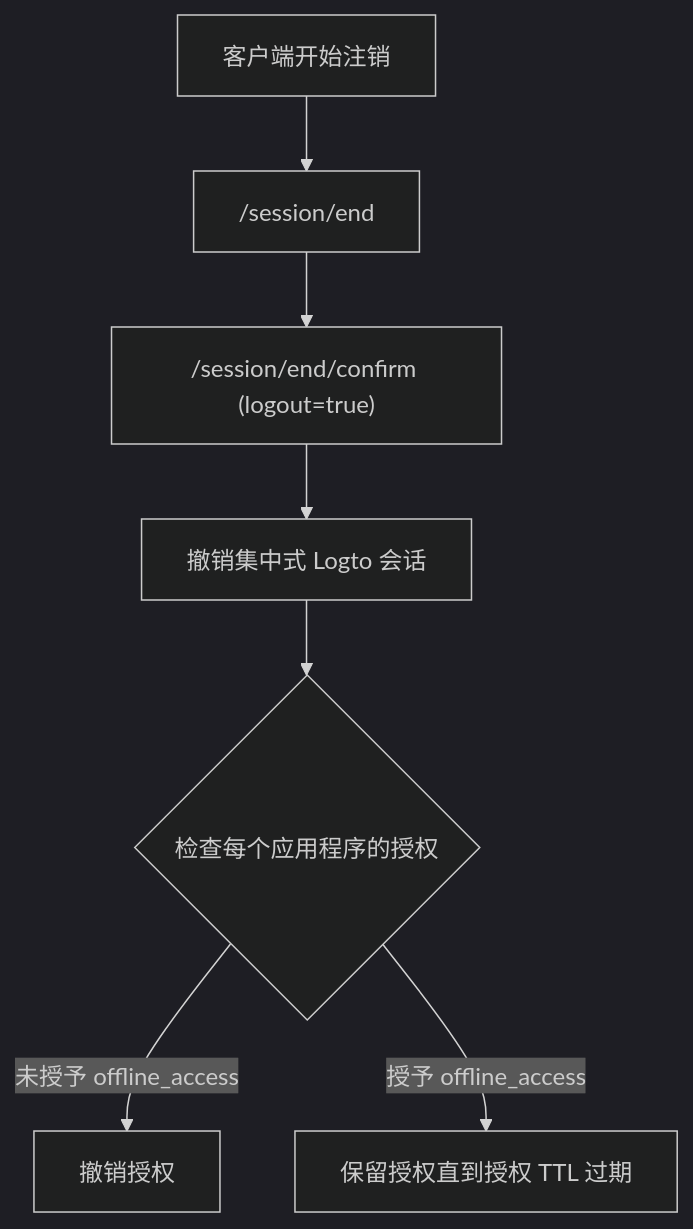
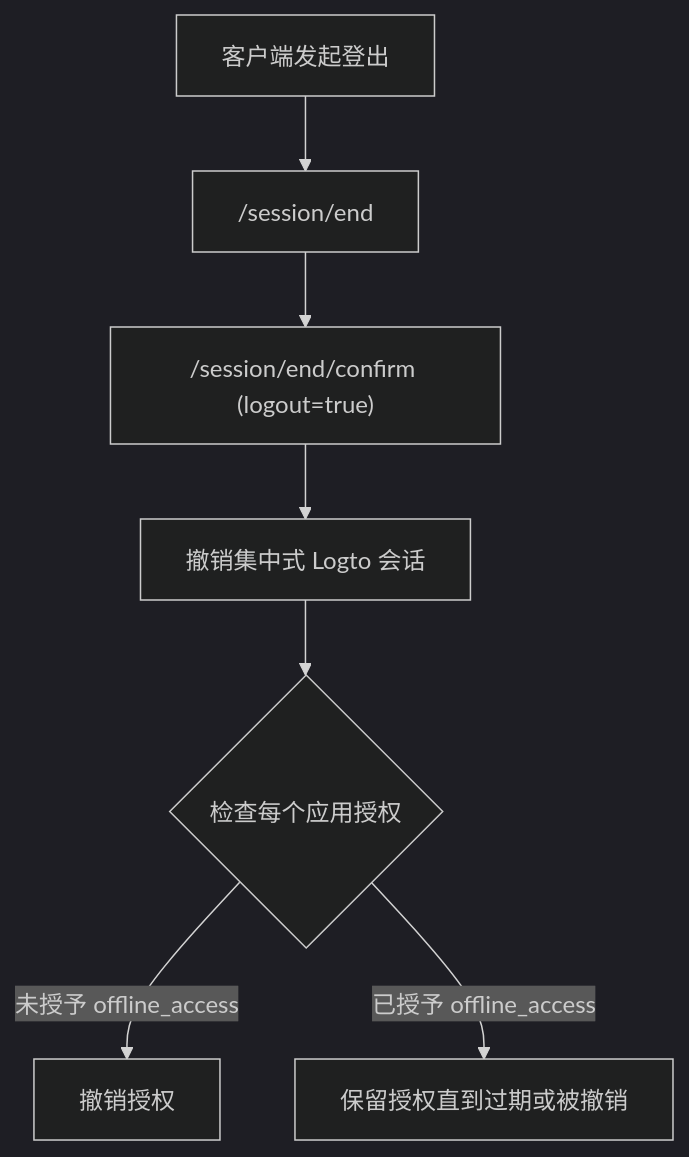
Before and after one commit to logto-io/docs: the diagram in i18n/zh-CN/docusaurus-plugin-content-docs/current/end-user-flows/sign-out.mdx, drawn with Mermaid (dark theme). The commit also changed other lines of this file and 66 other files, not shown here.

````diff
--- a/i18n/zh-CN/docusaurus-plugin-content-docs/current/end-user-flows/sign-out.mdx
+++ b/i18n/zh-CN/docusaurus-plugin-content-docs/current/end-user-flows/sign-out.mdx
@@ -45,9 +45,9 @@
 ```mermaid
 flowchart TD
-  A["客户端开始注销"] --> B["/session/end"]
+  A["客户端发起登出"] --> B["/session/end"]
   B --> C["/session/end/confirm (logout=true)"]
   C --> D["撤销集中式 Logto 会话"]
-  D --> E{"检查每个应用程序的授权"}
+  D --> E{"检查每个应用授权"}
   E -->|"未授予 offline_access"| F["撤销授权"]
-  E -->|"授予 offline_access"| G["保留授权直到授权 TTL 过期"]
+  E -->|"已授予 offline_access"| G["保留授权直到过期或被撤销"]
 ```
````
